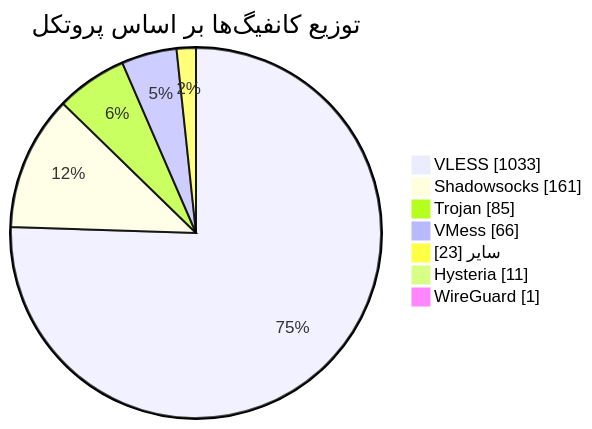
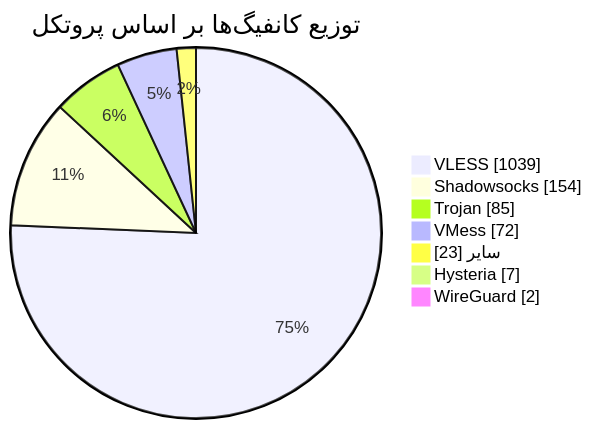
Before and after one commit to Arian-Alijani/Somthing: the diagram in README.md, drawn with Mermaid. The commit also changed other lines of this file and 103 other files, not shown here.

````diff
--- a/README.md
+++ b/README.md
@@ -51,11 +51,11 @@
 ```mermaid
 pie showData
     title توزیع کانفیگ‌ها بر اساس پروتکل
-    "VLESS" : 1033
-    "Shadowsocks" : 161
+    "VLESS" : 1039
+    "Shadowsocks" : 154
     "Trojan" : 85
-    "VMess" : 66
+    "VMess" : 72
     "سایر" : 23
-    "Hysteria" : 11
-    "WireGuard" : 1
+    "Hysteria" : 7
+    "WireGuard" : 2
 ```
````
